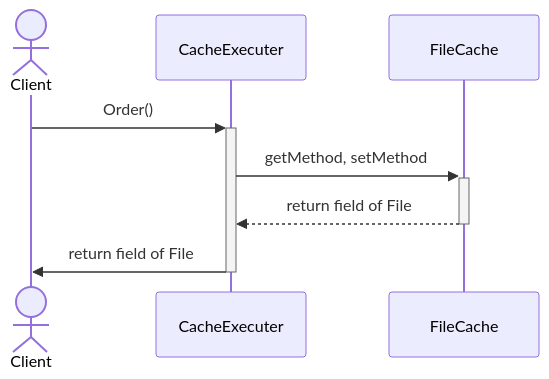
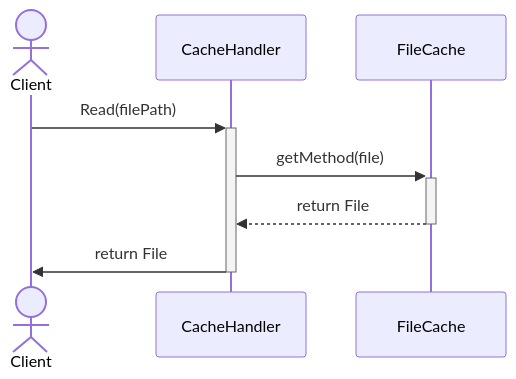
One commit to kaitokimuraofficial/distributed-file-systems changed the second of 3 diagrams in design/sequence.md. Above: the diagram before and after it, drawn with Mermaid. The commit also changed other lines of this file, not shown here.

````diff
--- a/design/sequence.md
+++ b/design/sequence.md
@@ -23,12 +23,12 @@
 ```mermaid
 sequenceDiagram
 
   actor C as Client
-  participant CE as CacheExecuter
+  participant CE as CacheHandler
   participant FC as FileCache
 
-  C->>+CE: Order()
-  CE->>+FC: getMethod, setMethod
-  FC-->>-CE: return field of File
-  CE->>-C:  return field of File
+  C->>+CE: Read(filePath)
+  CE->>+FC: getMethod(file)
+  FC-->>-CE: return File
+  CE->>-C:  return File
 ```
````
